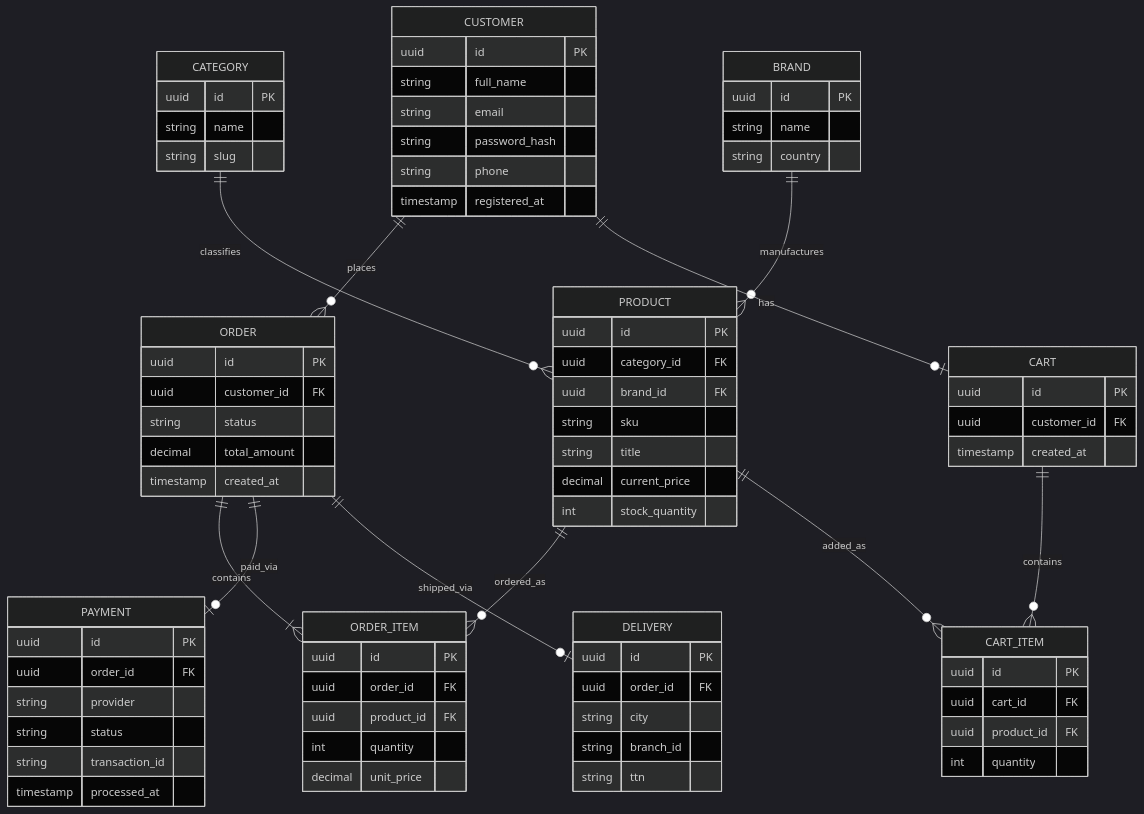
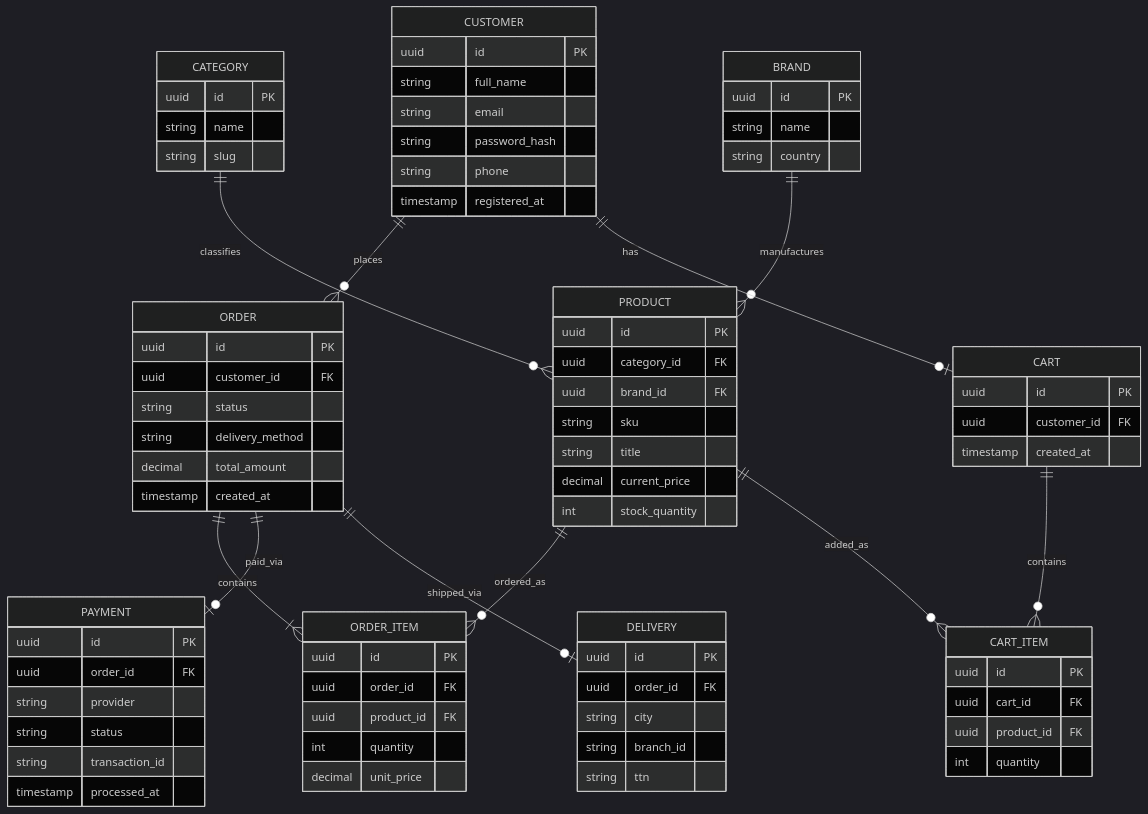
One commit to AlegZabivnoy/Software-engineering-components-2- changed the diagram in diagram.mmd. Above: the diagram before and after it, drawn with Mermaid (dark theme). The commit also changed 2 other files, not shown here.

Commit message:
fix: add delivery_method to Order

```diff
--- a/diagram.mmd
+++ b/diagram.mmd
@@ -1,89 +1,90 @@
 erDiagram
 
 CUSTOMER ||--o{ ORDER : places
 ORDER ||--|{ ORDER_ITEM : contains
 PRODUCT ||--o{ ORDER_ITEM : ordered_as
 CATEGORY ||--o{ PRODUCT : classifies
 BRAND ||--o{ PRODUCT : manufactures
 CUSTOMER ||--o| CART : has
 CART ||--o{ CART_ITEM : contains
 PRODUCT ||--o{ CART_ITEM : added_as
 ORDER ||--o| PAYMENT : paid_via
 ORDER ||--o| DELIVERY : shipped_via
 
 CUSTOMER {
     uuid id PK
     string full_name
     string email
     string password_hash
     string phone
     timestamp registered_at
 }
 
 ORDER {
     uuid id PK
     uuid customer_id FK
     string status
+    string delivery_method
     decimal total_amount
     timestamp created_at
 }
 
 ORDER_ITEM {
     uuid id PK
     uuid order_id FK
     uuid product_id FK
     int quantity
     decimal unit_price
 }
 
 PRODUCT {
     uuid id PK
     uuid category_id FK
     uuid brand_id FK
     string sku
     string title
     decimal current_price
     int stock_quantity
 }
 
 CATEGORY {
     uuid id PK
     string name
     string slug
 }
 
 BRAND {
     uuid id PK
     string name
     string country
 }
 
 CART {
     uuid id PK
     uuid customer_id FK
     timestamp created_at
 }
 
 CART_ITEM {
     uuid id PK
     uuid cart_id FK
     uuid product_id FK
     int quantity
 }
 
 PAYMENT {
     uuid id PK
     uuid order_id FK
     string provider
     string status
     string transaction_id
     timestamp processed_at
 }
 
 DELIVERY {
     uuid id PK
     uuid order_id FK
     string city
     string branch_id
     string ttn
 }
```
